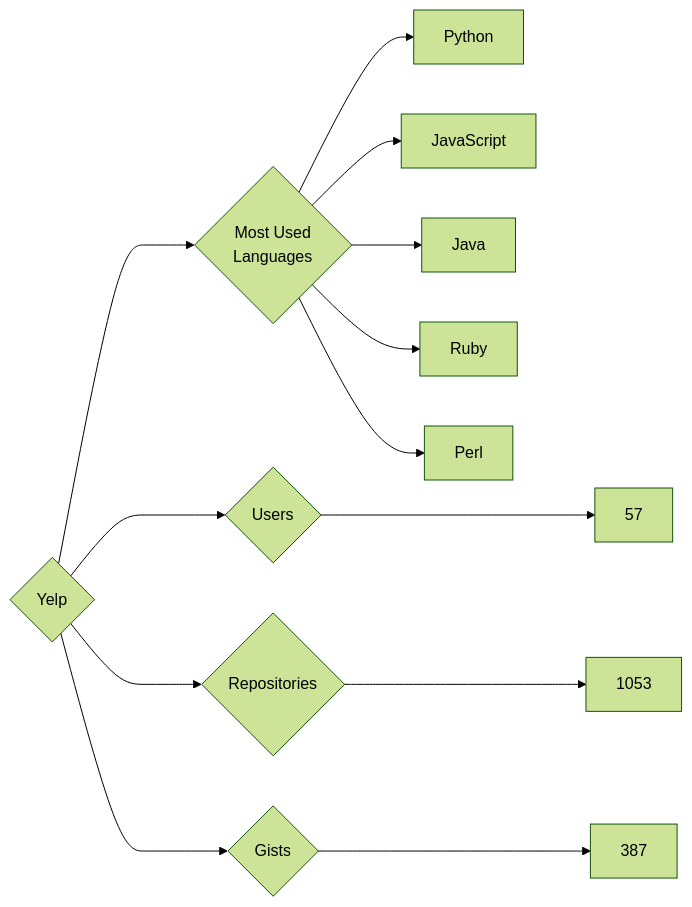
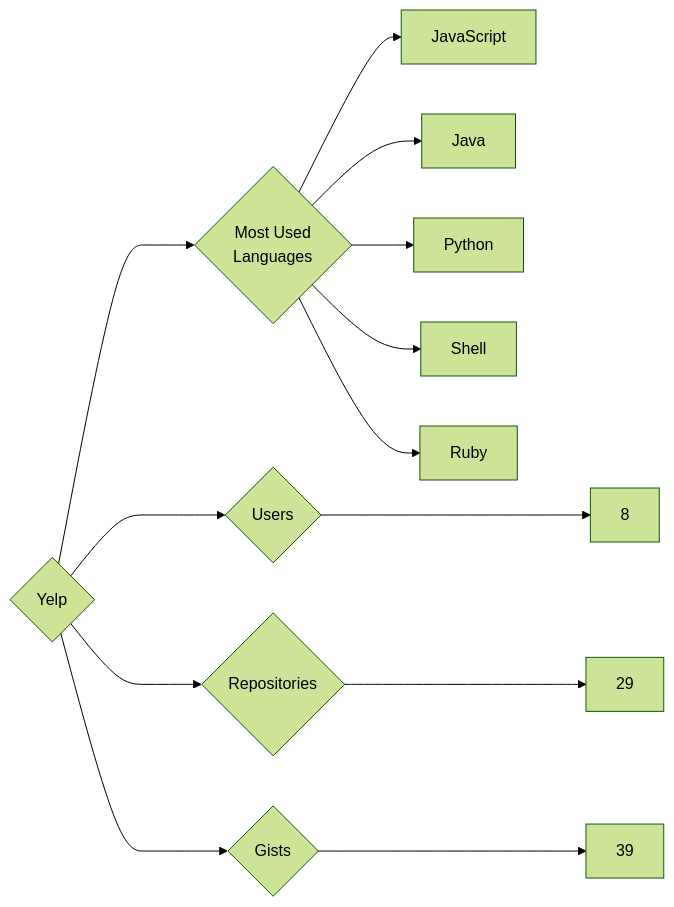
The diagram in targets/Yelp/README.md (trickest/insiders), drawn with Mermaid (forest theme) before and after one commit. The commit also changed 597 other files, not shown here.

````diff
--- a/targets/Yelp/README.md
+++ b/targets/Yelp/README.md
@@ -3,13 +3,13 @@
 ```mermaid
 graph LR
 COMPANY_NAME{Yelp}
-COMPANY_NAME ---> U{Users} ---> UN[57]
-COMPANY_NAME ---> R{Repositories} ---> RN[1053]
-COMPANY_NAME ---> G{Gists} ---> GN[387]
+COMPANY_NAME ---> U{Users} ---> UN[8]
+COMPANY_NAME ---> R{Repositories} ---> RN[29]
+COMPANY_NAME ---> G{Gists} ---> GN[39]
 COMPANY_NAME ---> ML{Most Used<br>Languages}
-ML --> Python[Python]
 ML --> JavaScript[JavaScript]
 ML --> Java[Java]
+ML --> Python[Python]
+ML --> Shell[Shell]
 ML --> Ruby[Ruby]
-ML --> Perl[Perl]
 ```
````
